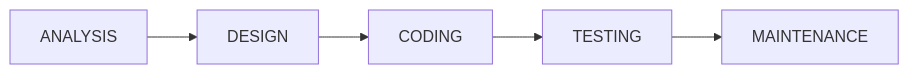
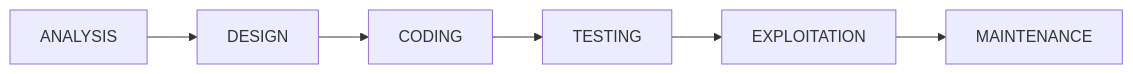
One commit to martinezpenya/ED-CFGS-2122 changed diagram 12 of 13 in UD01/UD01_EN.md. Above: the diagram before and after it, drawn with Mermaid. The commit also changed other lines of this file, not shown here.

````diff
--- a/UD01/UD01_EN.md
+++ b/UD01/UD01_EN.md
@@ -619,4 +619,4 @@
 ```mermaid
 graph LR
-ANALYSIS --> DESIGN --> CODING --> TESTING --> MAINTENANCE
+ANALYSIS --> DESIGN --> CODING --> TESTING --> EXPLOITATION --> MAINTENANCE
 ```
````
